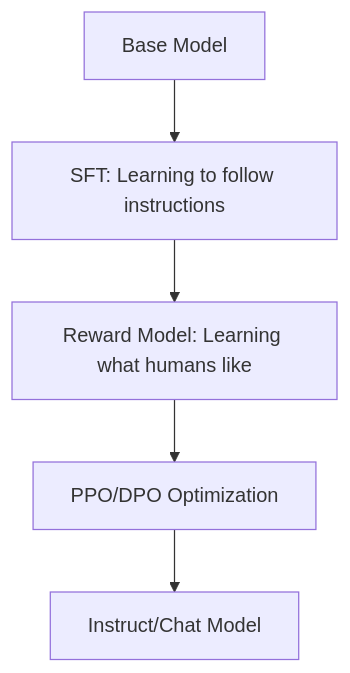
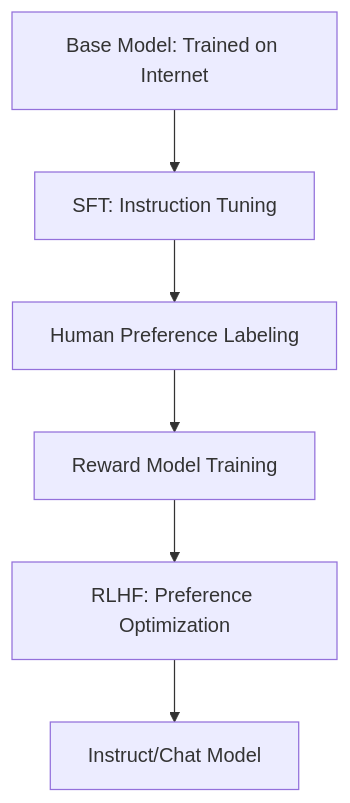
Before and after one commit to rayyan-41/de-anima: the third of 3 diagrams in Science/Computer Science/AI/AI - Large Language Models - Architecture and Mechanics.md, drawn with Mermaid. The commit also changed other lines of this file and 4 other files, not shown here.

````diff
--- a/Science/Computer Science/AI/AI - Large Language Models - Architecture and Mechanics.md
+++ b/Science/Computer Science/AI/AI - Large Language Models - Architecture and Mechanics.md
@@ -108,7 +161,8 @@
 ```mermaid
 graph TD
-    A[Base Model] --> B[SFT: Learning to follow instructions]
-    B --> C[Reward Model: Learning what humans like]
-    C --> D[PPO/DPO Optimization]
-    D --> E[Instruct/Chat Model]
+    A[Base Model: Trained on Internet] --> B[SFT: Instruction Tuning]
+    B --> C[Human Preference Labeling]
+    C --> D[Reward Model Training]
+    D --> E[RLHF: Preference Optimization]
+    E --> F[Instruct/Chat Model]
 ```
````
